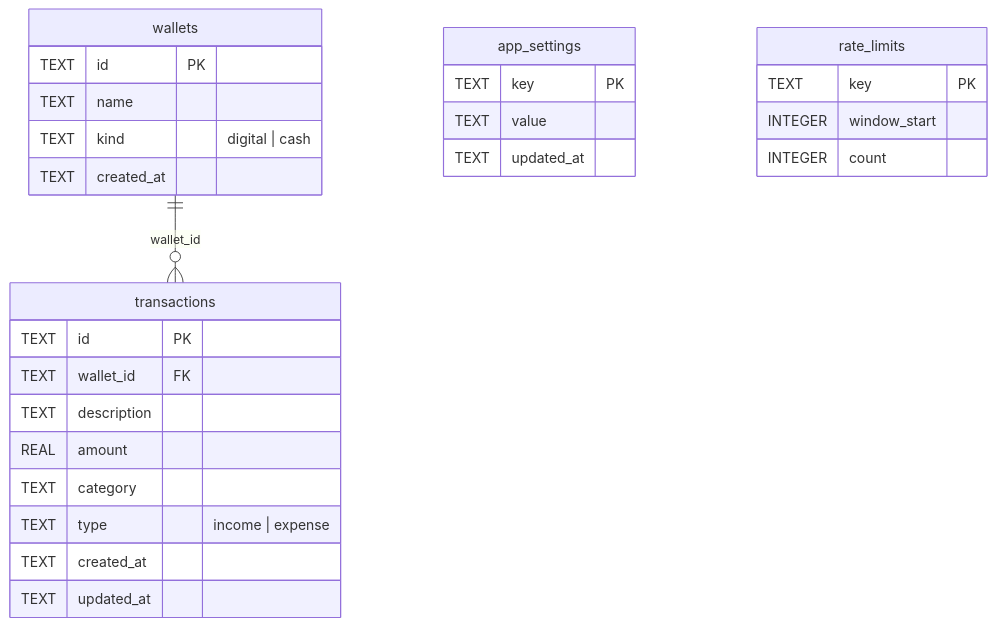
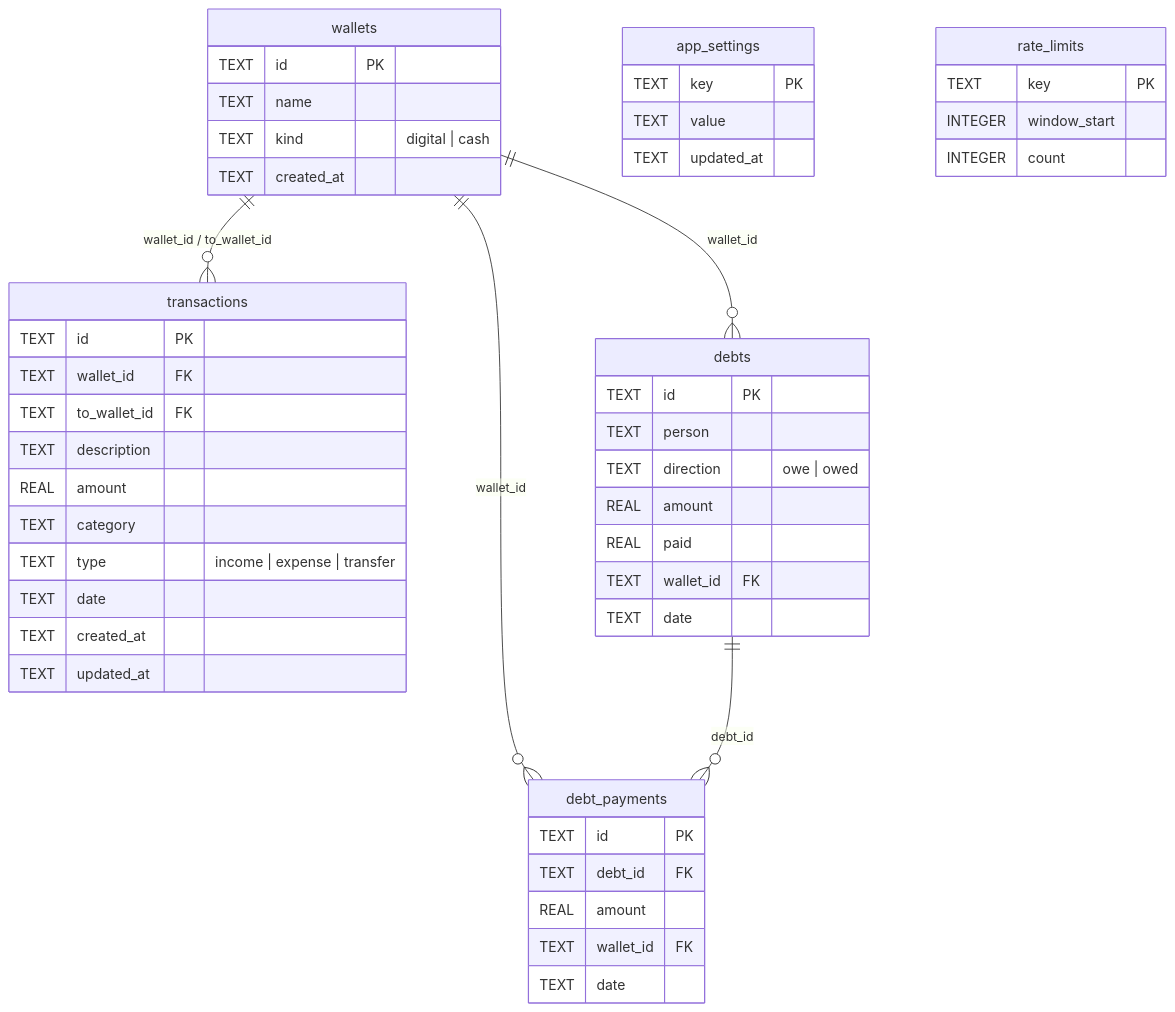
Before and after one commit to PanPanFR/digital-wallet: the diagram in docs/data-model.md, drawn with Mermaid. The commit also changed other lines of this file and 7 other files, not shown here.

````diff
--- a/docs/data-model.md
+++ b/docs/data-model.md
@@ -9,30 +9,51 @@
 ```mermaid
 erDiagram
-    wallets ||--o{ transactions : "wallet_id"
+    wallets ||--o{ transactions : "wallet_id / to_wallet_id"
+    wallets ||--o{ debts : "wallet_id"
+    wallets ||--o{ debt_payments : "wallet_id"
+    debts ||--o{ debt_payments : "debt_id"
     app_settings {
         TEXT key PK
         TEXT value
         TEXT updated_at
     }
     rate_limits {
         TEXT key PK
         INTEGER window_start
         INTEGER count
     }
     wallets {
         TEXT id PK
         TEXT name
         TEXT kind "digital | cash"
         TEXT created_at
     }
     transactions {
         TEXT id PK
         TEXT wallet_id FK
+        TEXT to_wallet_id FK
         TEXT description
         REAL amount
         TEXT category
-        TEXT type "income | expense"
+        TEXT type "income | expense | transfer"
+        TEXT date
         TEXT created_at
         TEXT updated_at
     }
+    debts {
+        TEXT id PK
+        TEXT person
+        TEXT direction "owe | owed"
+        REAL amount
+        REAL paid
+        TEXT wallet_id FK
+        TEXT date
+    }
+    debt_payments {
+        TEXT id PK
+        TEXT debt_id FK
+        REAL amount
+        TEXT wallet_id FK
+        TEXT date
+    }
 ```
````
